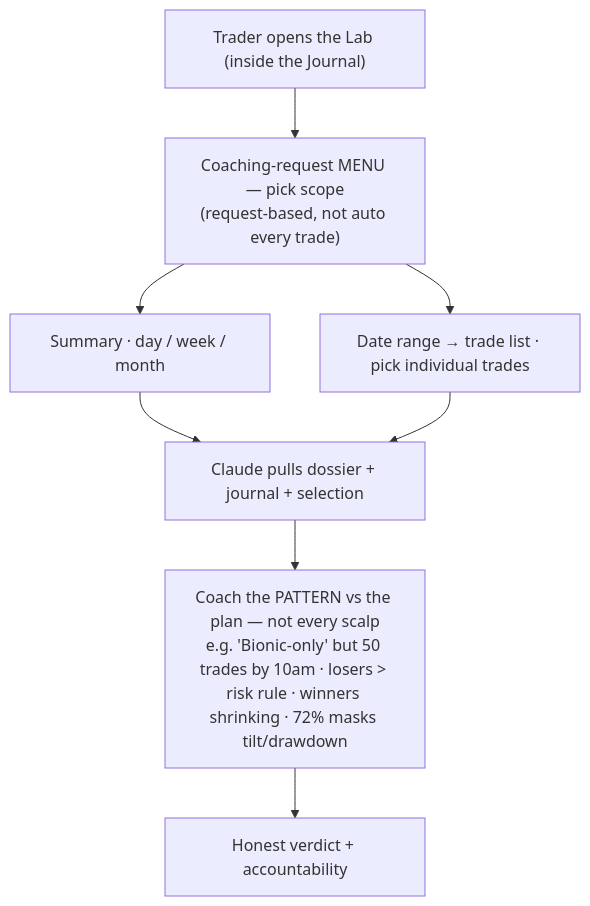
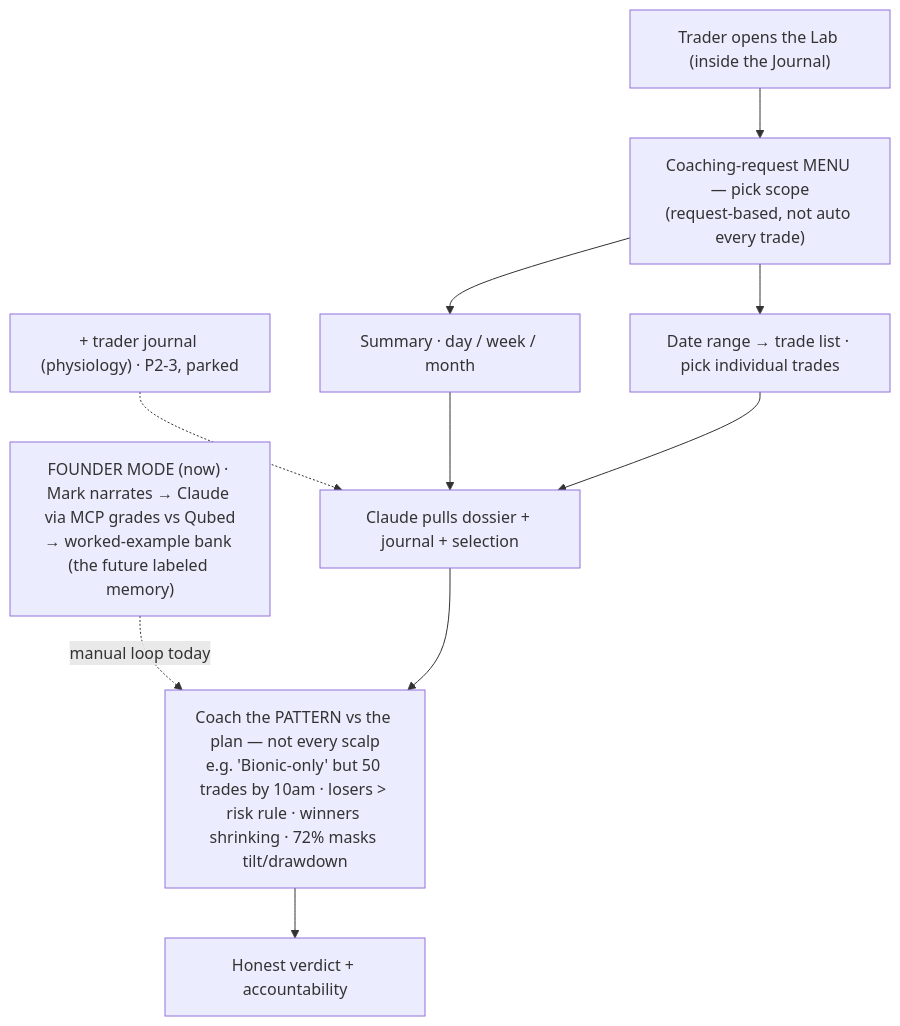
Before and after one commit to bionicbutterflyai/bionicbutterfly-goldmine: the diagram in knowledge/bionic_lab_spec.md, drawn with Mermaid. The commit also changed other lines of this file and 14 other files, not shown here.

````diff
--- a/knowledge/bionic_lab_spec.md
+++ b/knowledge/bionic_lab_spec.md
@@ -64,14 +72,18 @@
 ```mermaid
 flowchart TD
+    FM["FOUNDER MODE (now) · Mark narrates → Claude via MCP grades vs Qubed<br/>→ worked-example bank (the future labeled memory)"]
+    TJX["+ trader journal (physiology) · P2-3, parked"]
     ENTER["Trader opens the Lab (inside the Journal)"]
     MENU["Coaching-request MENU — pick scope<br/>(request-based, not auto every trade)"]
     SUM["Summary · day / week / month"]
     RANGE["Date range → trade list · pick individual trades"]
     PULL["Claude pulls dossier + journal + selection"]
     COACH["Coach the PATTERN vs the plan — not every scalp<br/>e.g. 'Bionic-only' but 50 trades by 10am · losers &gt; risk rule · winners shrinking · 72% masks tilt/drawdown"]
     VERDICT["Honest verdict + accountability"]
+    FM -.->|manual loop today| COACH
+    TJX -.-> PULL
     ENTER --> MENU
     MENU --> SUM --> PULL
     MENU --> RANGE --> PULL
     PULL --> COACH --> VERDICT
 ```
````
